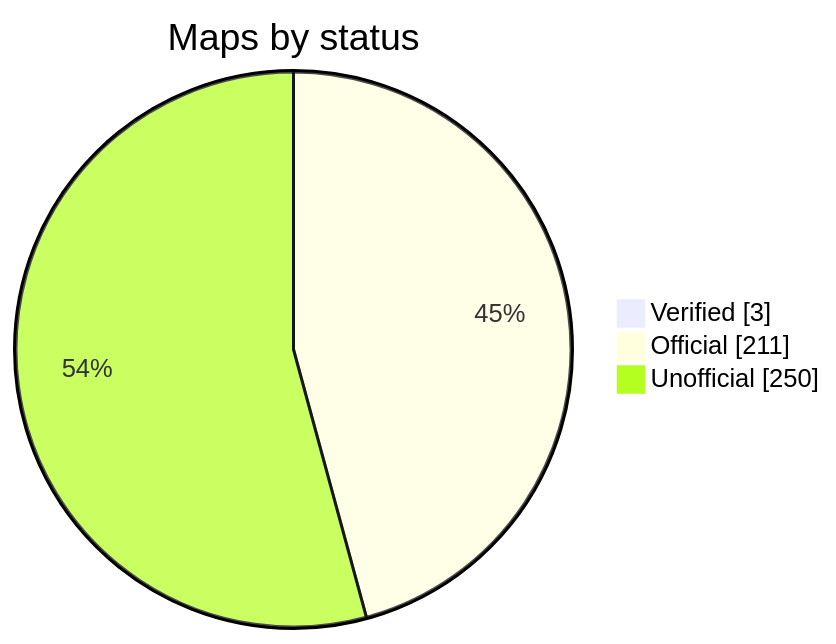
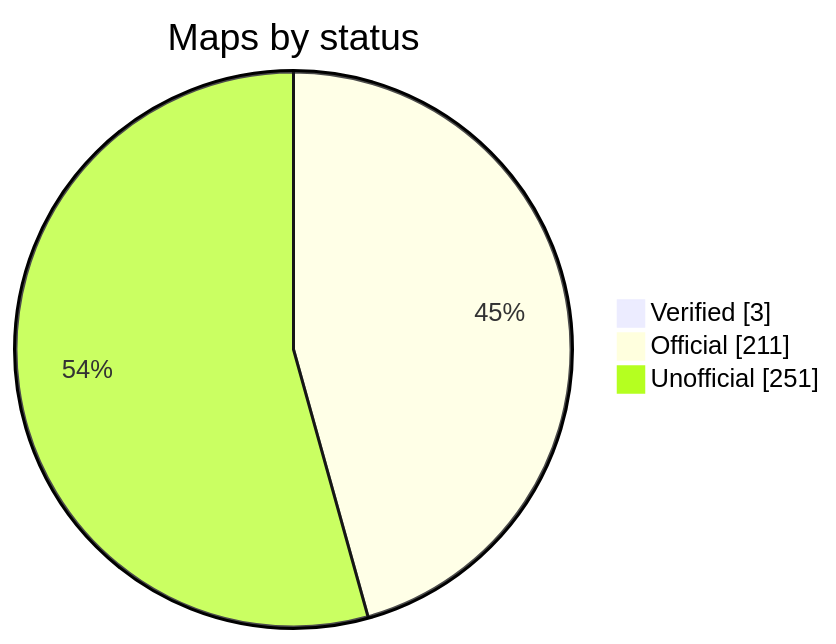
Before and after one commit to nobrega8/mbmap-library: the diagram in README.md, drawn with Mermaid. The commit also changed 2 other files, not shown here.

Commit message:
Add BYD Battery-Box Premium (unofficial)

````diff
--- a/README.md
+++ b/README.md
@@ -48,7 +48,7 @@
 ```mermaid
 pie showData
     title Maps by status
     "Verified" : 3
     "Official" : 211
-    "Unofficial" : 250
+    "Unofficial" : 251
 ```
````
